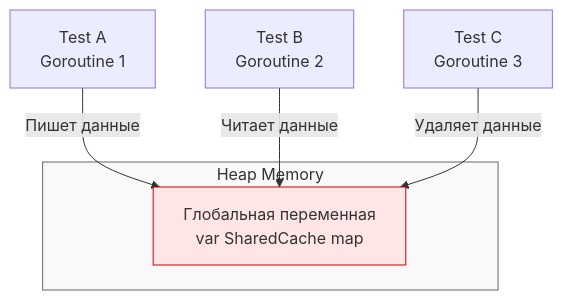
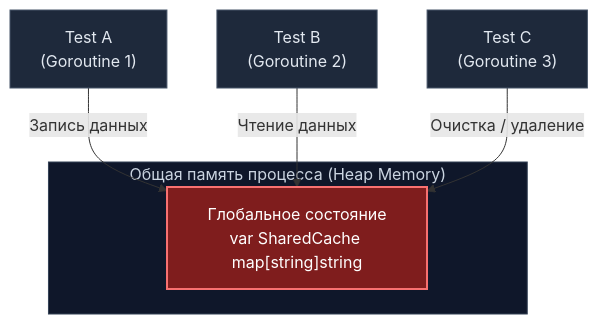
One commit to UnrealTemplier/go-textbook changed the first of 2 diagrams in sources/15. Тестирование в Go (QA & Testing)/01. Фундамент/7. Test isolation.md. Above: the diagram before and after it, drawn with Mermaid. The commit also changed other lines of this file, not shown here.

Commit message:
feat(module-15): editorial rewrite of lecture 7 (Test isolation) in Subsection 1 in Kernighan style

````diff
--- a/sources/15. Тестирование в Go (QA & Testing)/01. Фундамент/7. Test isolation.md
+++ b/sources/15. Тестирование в Go (QA & Testing)/01. Фундамент/7. Test isolation.md
@@ -17,13 +17,18 @@
 ```mermaid
 flowchart TD
-    subgraph RAM ["Heap Memory"]
-        Global["Глобальная переменная<br>var SharedCache map"]
+    subgraph RAM["Общая память процесса (Heap Memory)"]
+        Global["Глобальное состояние<br/>var SharedCache map[string]string"]
     end
     
-    TestA["Test A<br>Goroutine 1"] -->|"Пишет данные"| Global
-    TestB["Test B<br>Goroutine 2"] -->|"Читает данные"| Global
-    TestC["Test C<br>Goroutine 3"] -->|"Удаляет данные"| Global
+    TestA["Test A<br/>(Goroutine 1)"] -->|"Запись данных"| Global
+    TestB["Test B<br/>(Goroutine 2)"] -->|"Чтение данных"| Global
+    TestC["Test C<br/>(Goroutine 3)"] -->|"Очистка / удаление"| Global
     
-    style Global fill:#ffe6e6,stroke:#cc0000
-    style RAM fill:#f9f9f9,stroke:#666
+    classDef danger fill:#7f1d1d,stroke:#f87171,stroke-width:2px,color:#fff;
+    classDef mem fill:#0f172a,stroke:#334155,stroke-width:1px,color:#cbd5e1;
+    classDef goroutine fill:#1e293b,stroke:#475569,stroke-width:1px,color:#e2e8f0;
+    
+    class Global danger;
+    class RAM mem;
+    class TestA,TestB,TestC goroutine;
 ```
````
